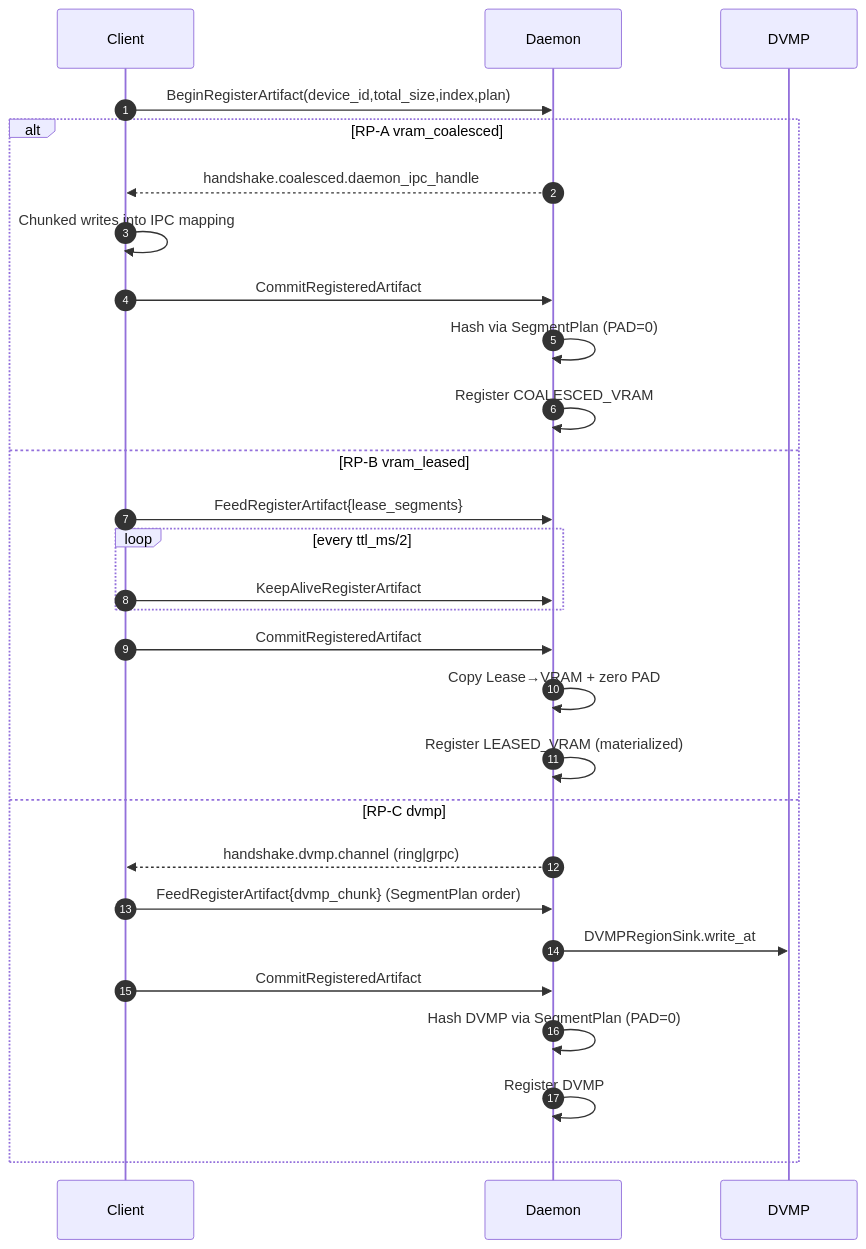
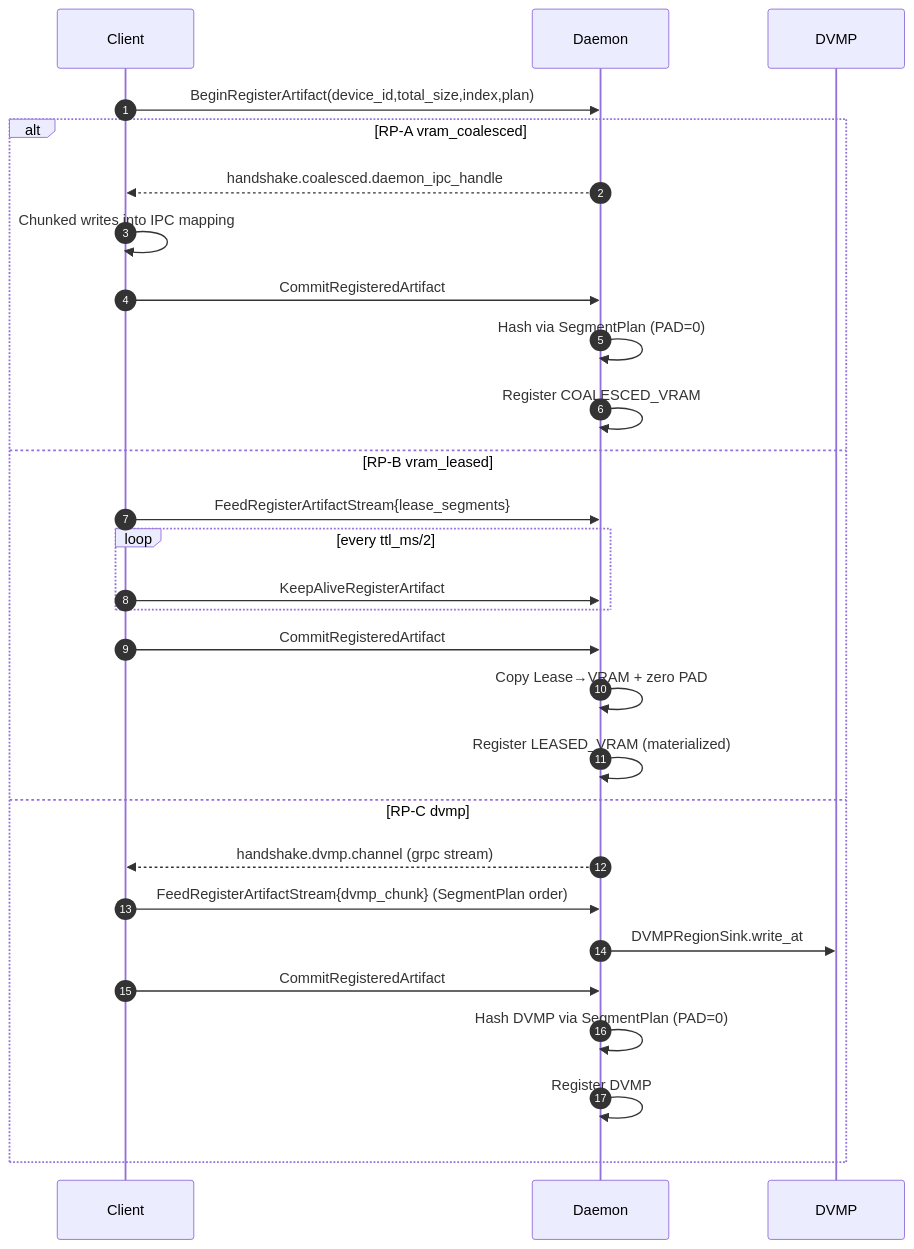
The third of 5 diagrams in rfcs/0015-unified-avbs-memory-registration.md (tensorcast-ai/tensorcast), drawn with Mermaid before and after one commit. The commit also changed other lines of this file and 18 other files, not shown here.

````diff
--- a/rfcs/0015-unified-avbs-memory-registration.md
+++ b/rfcs/0015-unified-avbs-memory-registration.md
@@ -297,31 +297,31 @@
 ```mermaid
 sequenceDiagram
   autonumber
   participant CL as Client
   participant DM as Daemon
   participant DV as DVMP
 
   CL->>DM: BeginRegisterArtifact(device_id,total_size,index,plan)
   alt RP-A vram_coalesced
     DM-->>CL: handshake.coalesced.daemon_ipc_handle
     CL->>CL: Chunked writes into IPC mapping
     CL->>DM: CommitRegisteredArtifact
     DM->>DM: Hash via SegmentPlan (PAD=0)
     DM->>DM: Register COALESCED_VRAM
   else RP-B vram_leased
-    CL->>DM: FeedRegisterArtifact{lease_segments}
+    CL->>DM: FeedRegisterArtifactStream{lease_segments}
     loop every ttl_ms/2
       CL->>DM: KeepAliveRegisterArtifact
     end
     CL->>DM: CommitRegisteredArtifact
     DM->>DM: Copy Lease→VRAM + zero PAD
     DM->>DM: Register LEASED_VRAM (materialized)
   else RP-C dvmp
-    DM-->>CL: handshake.dvmp.channel (ring|grpc)
-    CL->>DM: FeedRegisterArtifact{dvmp_chunk} (SegmentPlan order)
+    DM-->>CL: handshake.dvmp.channel (grpc stream)
+    CL->>DM: FeedRegisterArtifactStream{dvmp_chunk} (SegmentPlan order)
     DM->>DV: DVMPRegionSink.write_at
     CL->>DM: CommitRegisteredArtifact
     DM->>DM: Hash DVMP via SegmentPlan (PAD=0)
     DM->>DM: Register DVMP
   end
 ```
````
